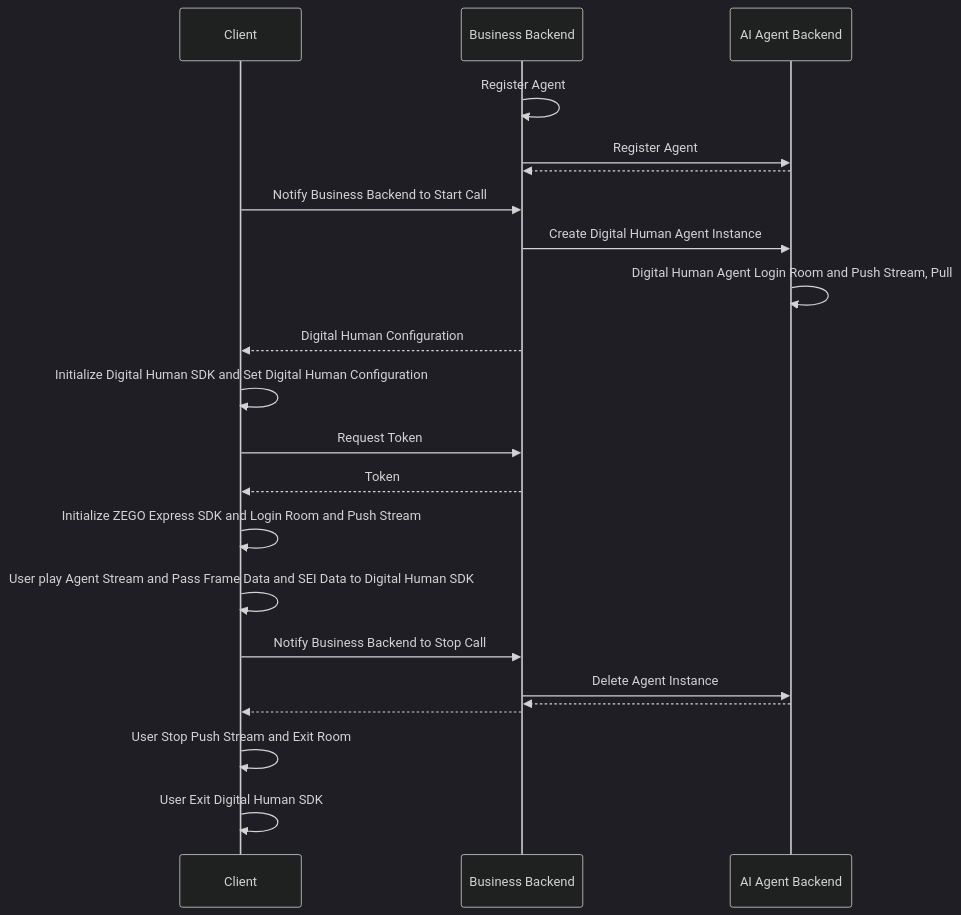
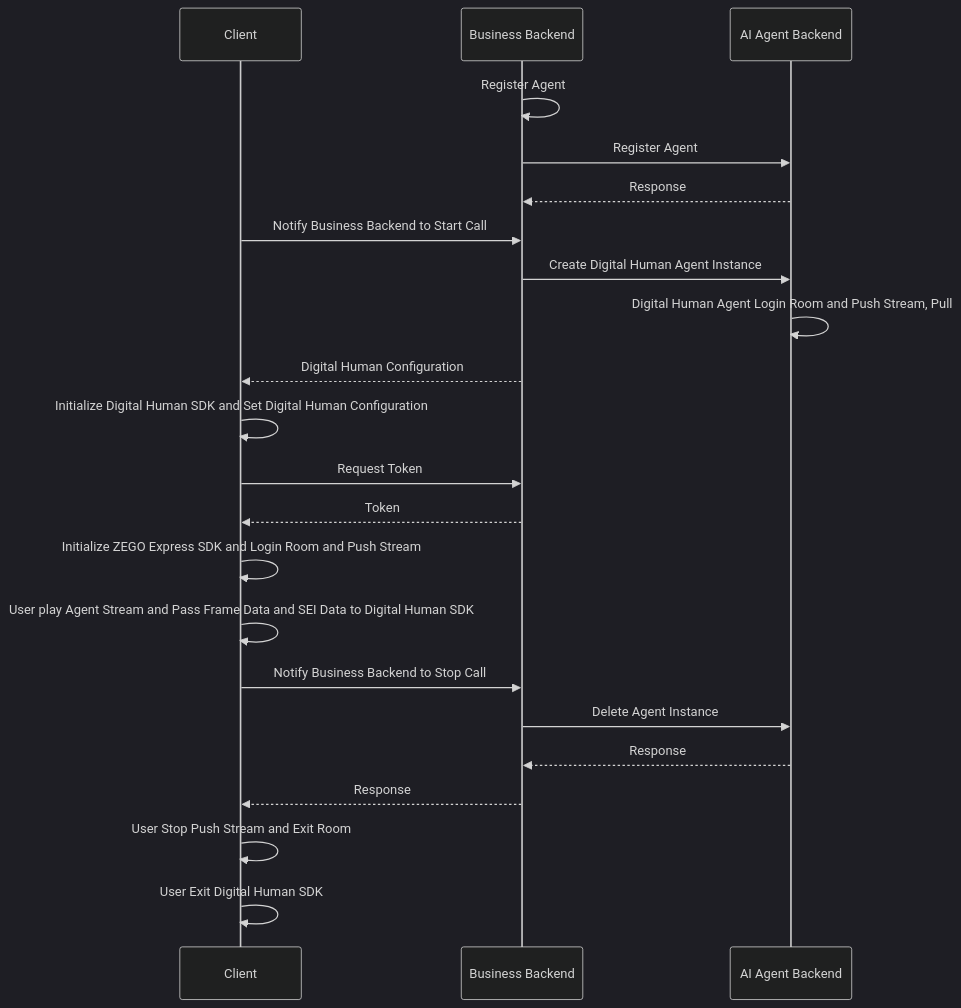
Before and after one commit to ZEGOCLOUD/docs_all: the diagram in core_products/aiagent/en/android/quick-start-with-digital-human.mdx, drawn with Mermaid (dark theme). The commit also changed 5 other files, not shown here.

Commit message:
AIAgent：修复Mermaid渲染错误问题

````diff
--- a/core_products/aiagent/en/android/quick-start-with-digital-human.mdx
+++ b/core_products/aiagent/en/android/quick-start-with-digital-human.mdx
@@ -98,32 +98,32 @@
 ```mermaid
 sequenceDiagram
     participant Client
     participant Business Backend
     participant AI Agent Backend
 
     Business Backend->>Business Backend: Register Agent
     Business Backend->>AI Agent Backend: Register Agent
-    AI Agent Backend-->>Business Backend:
+    AI Agent Backend-->>Business Backend: Response
 
     Client->>Business Backend: Notify Business Backend to Start Call
     Business Backend->>AI Agent Backend: Create Digital Human Agent Instance
     AI Agent Backend->>AI Agent Backend: Digital Human Agent Login Room and Push Stream, Pull
     Business Backend-->>Client: Digital Human Configuration
 
     Client->>Client: Initialize Digital Human SDK and Set Digital Human Configuration
 
     Client->>Business Backend: Request Token
     Business Backend-->>Client: Token
 
     Client->>Client: Initialize ZEGO Express SDK and Login Room and Push Stream
 
     Client->>Client: User play Agent Stream and Pass Frame Data and SEI Data to Digital Human SDK
 
     Client->>Business Backend: Notify Business Backend to Stop Call
     Business Backend->>AI Agent Backend: Delete Agent Instance
-    AI Agent Backend-->>Business Backend:
-    Business Backend-->>Client:
+    AI Agent Backend-->>Business Backend: Response
+    Business Backend-->>Client: Response
 
     Client->>Client: User Stop Push Stream and Exit Room
     Client->>Client: User Exit Digital Human SDK
 ```
````
